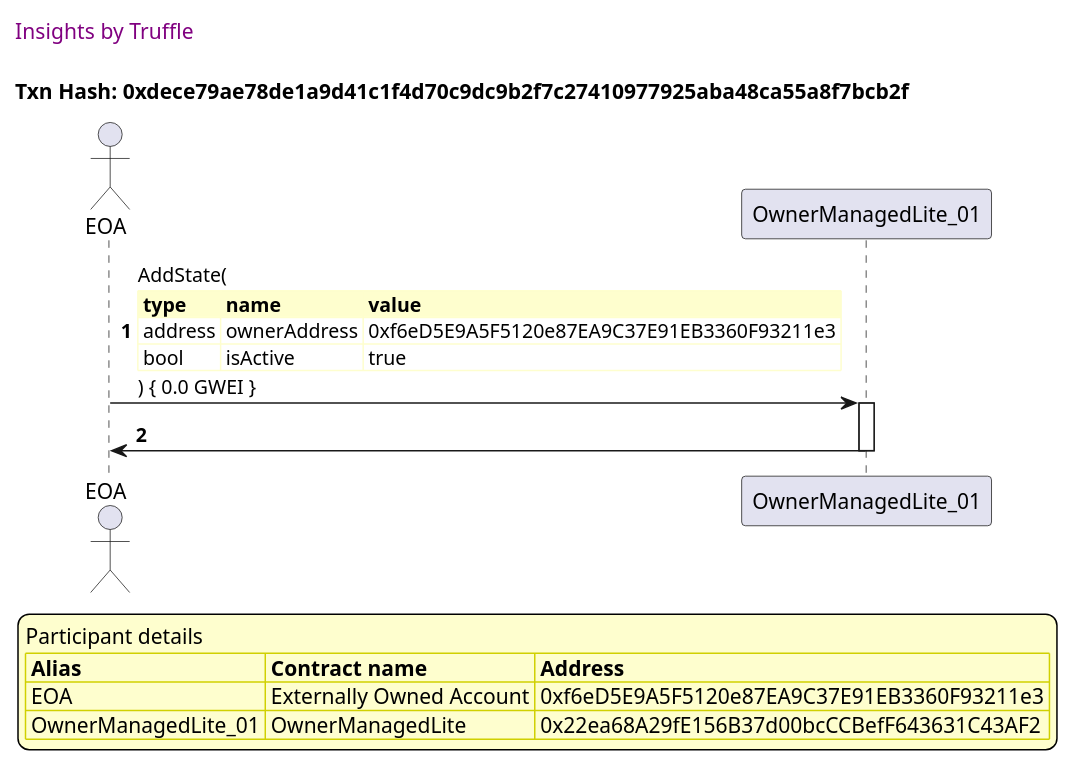
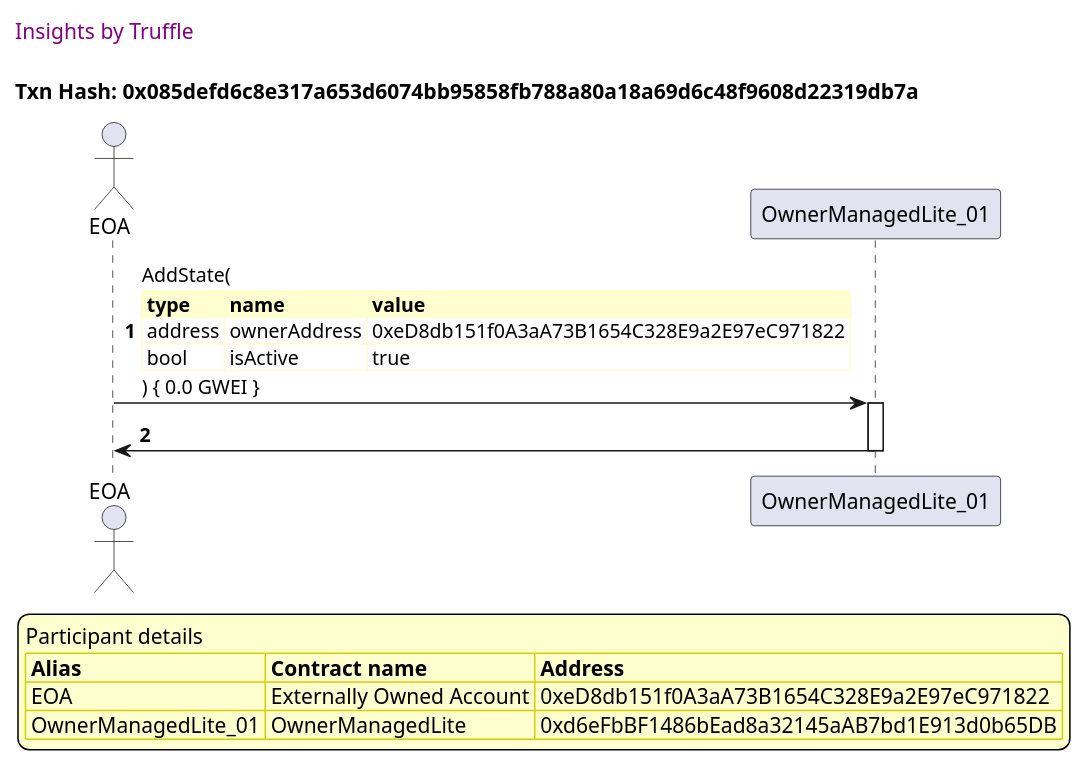
Diagram 11 of 15 in truffle-seq/OwnerManagedLite_test_agree_to_state_change.md (thedarkjester/ConsensysAssignment), drawn with PlantUML before and after one commit. The commit also changed other lines of this file and 13 other files, not shown here.

````diff
--- a/truffle-seq/OwnerManagedLite_test_agree_to_state_change.md
+++ b/truffle-seq/OwnerManagedLite_test_agree_to_state_change.md
@@ -479,41 +479,41 @@
 ```plantuml
 
 
 @startuml
 
 autonumber
 skinparam legendBackgroundColor #FEFECE
 
 <style>
       header {
         HorizontalAlignment left
         FontColor purple
         FontSize 14
         Padding 10
       }
     </style>
 
 header Insights by Truffle
 
-title Txn Hash: 0xdece79ae78de1a9d41c1f4d70c9dc9b2f7c27410977925aba48ca55a8f7bcb2f
+title Txn Hash: 0x085defd6c8e317a653d6074bb95858fb788a80a18a69d6c48f9608d22319db7a
 
 
 actor EOA as "EOA"
 participant OwnerManagedLite_01 as "OwnerManagedLite_01"
 
 "EOA" -> "OwnerManagedLite_01" ++: AddState(\n\
 <#FEFECE,#FEFECE>|= type |= name |= value |\n\
-| address | ownerAddress | 0xf6eD5E9A5F5120e87EA9C37E91EB3360F93211e3 |\n\
+| address | ownerAddress | 0xeD8db151f0A3aA73B1654C328E9a2E97eC971822 |\n\
 | bool | isActive | true |\n\
 ) { 0.0 GWEI }
 "OwnerManagedLite_01" -> "EOA" --: 
 
 legend
 Participant details
 <#FEFECE,#D0D000>|= Alias |= Contract name |= Address |
-<#FEFECE>| EOA | Externally Owned Account | 0xf6eD5E9A5F5120e87EA9C37E91EB3360F93211e3 |
-<#FEFECE>| OwnerManagedLite_01 | OwnerManagedLite | 0x22ea68A29fE156B37d00bcCCBefF643631C43AF2 |
+<#FEFECE>| EOA | Externally Owned Account | 0xeD8db151f0A3aA73B1654C328E9a2E97eC971822 |
+<#FEFECE>| OwnerManagedLite_01 | OwnerManagedLite | 0xd6eFbBF1486bEad8a32145aAB7bd1E913d0b65DB |
 endlegend
 
 @enduml
 ```
````
